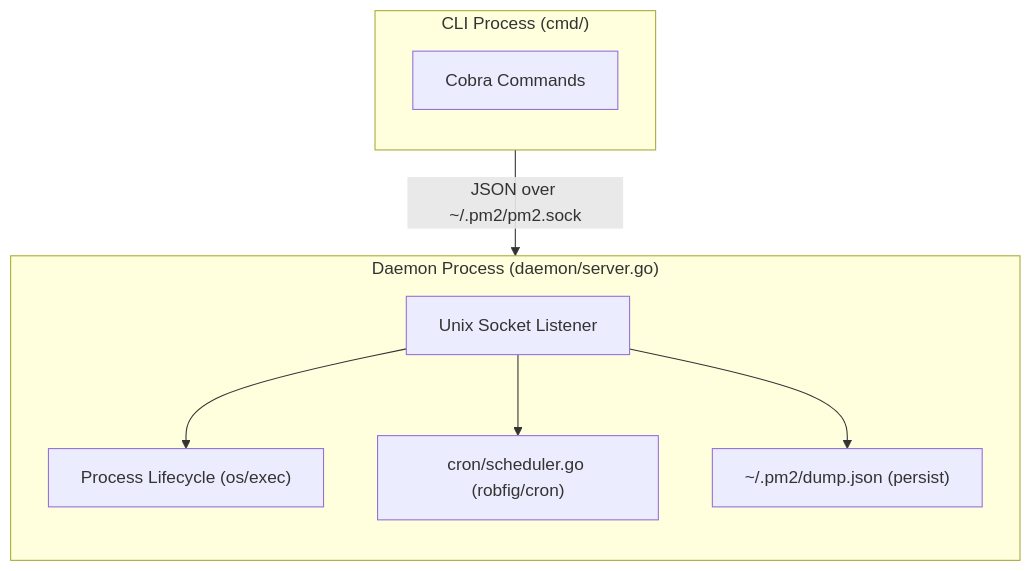
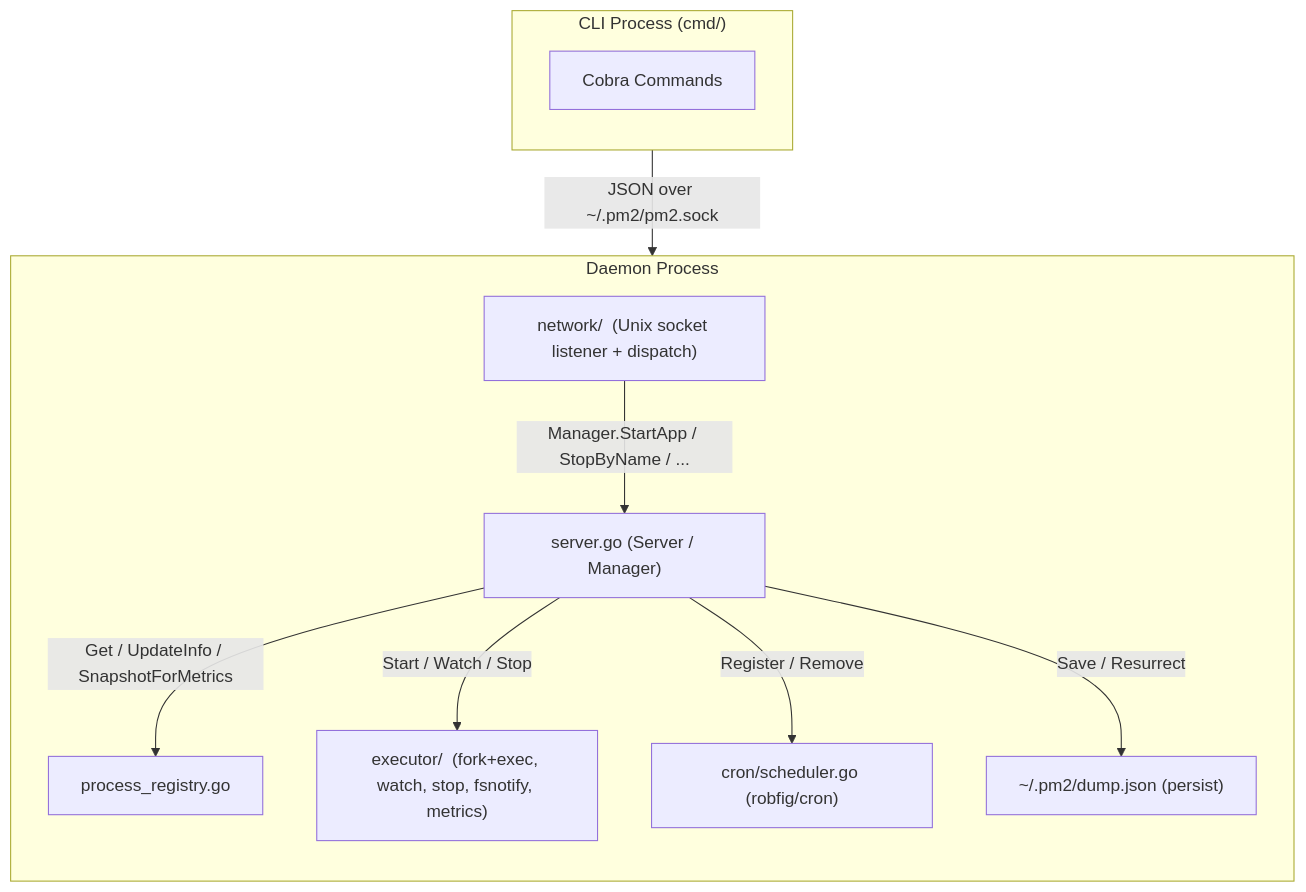
Before and after one commit to BizShuk/pm2: the diagram in CLAUDE.md, drawn with Mermaid. The commit also changed other lines of this file and 1 other file, not shown here.

First line of the commit message:
docs: update CLAUDE.md and plan to reflect executor + network subpackages

````diff
--- a/CLAUDE.md
+++ b/CLAUDE.md
@@ -11,21 +11,25 @@
 ```mermaid
 flowchart TD
     subgraph CLI ["CLI Process (cmd/)"]
         direction TB
         C["Cobra Commands"]
     end
 
-    subgraph Daemon ["Daemon Process (daemon/server.go)"]
+    subgraph Daemon ["Daemon Process"]
         direction TB
-        S["Unix Socket Listener"]
-        L["Process Lifecycle (os/exec)"]
+        N["network/  (Unix socket listener + dispatch)"]
+        S["server.go (Server / Manager)"]
+        R["process_registry.go"]
+        E["executor/  (fork+exec, watch, stop, fsnotify, metrics)"]
         CR["cron/scheduler.go (robfig/cron)"]
         D["~/.pm2/dump.json (persist)"]
 
-        S --> L
-        S --> CR
-        S --> D
+        N -->|"Manager.StartApp / StopByName / ..."| S
+        S -->|"Get / UpdateInfo / SnapshotForMetrics"| R
+        S -->|"Start / Watch / Stop"| E
+        S -->|"Register / Remove"| CR
+        S -->|"Save / Resurrect"| D
     end
 
-    C -- "JSON over ~/.pm2/pm2.sock" --> S
+    C -- "JSON over ~/.pm2/pm2.sock" --> N
 ```
````
